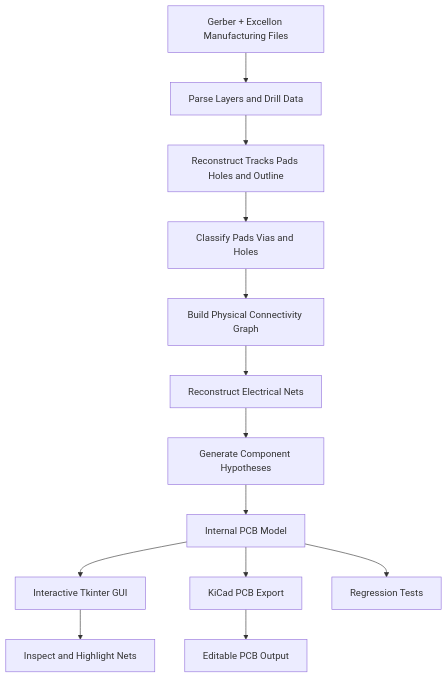
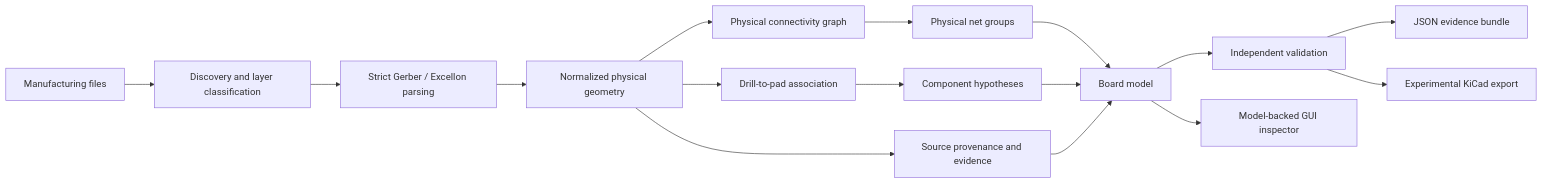
The diagram in README.md (3more102/PHOTONX_EDA_PCB), drawn with Mermaid before and after one commit. The commit also changed other lines of this file, not shown here.

````diff
--- a/README.md
+++ b/README.md
@@ -7,15 +22,18 @@
 ```mermaid
-flowchart TD
-    A[Gerber + Excellon Manufacturing Files] --> B[Parse Layers and Drill Data]
-    B --> C[Reconstruct Tracks Pads Holes and Outline]
-    C --> D[Classify Pads Vias and Holes]
-    D --> E[Build Physical Connectivity Graph]
-    E --> F[Reconstruct Electrical Nets]
-    F --> G[Generate Component Hypotheses]
-    G --> H[Internal PCB Model]
-    H --> I[Interactive Tkinter GUI]
-    H --> J[KiCad PCB Export]
-    H --> K[Regression Tests]
-    I --> L[Inspect and Highlight Nets]
-    J --> M[Editable PCB Output]
+flowchart LR
+    A[Manufacturing files] --> B[Discovery and layer classification]
+    B --> C[Strict Gerber / Excellon parsing]
+    C --> D[Normalized physical geometry]
+    D --> E[Source provenance and evidence]
+    D --> F[Drill-to-pad association]
+    D --> G[Physical connectivity graph]
+    G --> H[Physical net groups]
+    F --> I[Component hypotheses]
+    H --> J[Board model]
+    I --> J
+    E --> J
+    J --> K[Independent validation]
+    K --> L[JSON evidence bundle]
+    K --> M[Experimental KiCad export]
+    J --> N[Model-backed GUI inspector]
 ```
````
